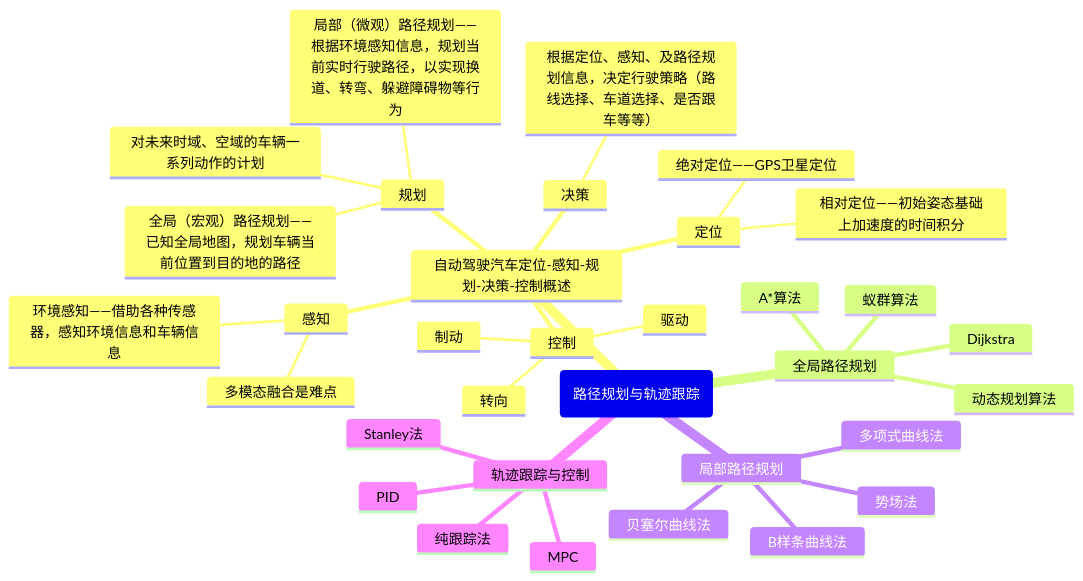
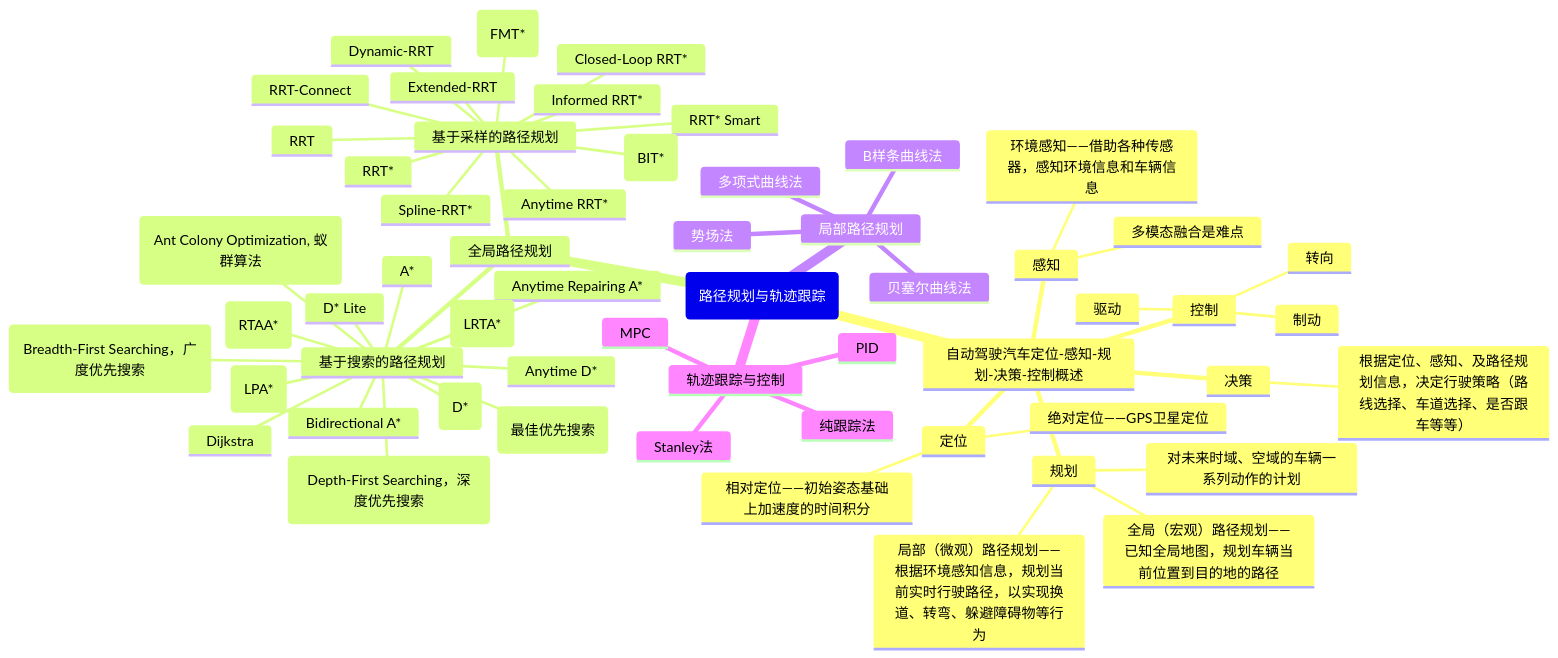
One commit to fenwickxie/notes changed the first of 2 diagrams in automatic_driving/PP.md. Above: the diagram before and after it, drawn with Mermaid. The commit also changed other lines of this file, not shown here.

````diff
--- a/automatic_driving/PP.md
+++ b/automatic_driving/PP.md
@@ -10,37 +5,61 @@
 ```mermaid
 mindmap
   root(路径规划与轨迹跟踪)
     自动驾驶汽车定位-感知-规划-决策-控制概述
       定位
         绝对定位——GPS卫星定位
         相对定位——初始姿态基础上加速度的时间积分
       感知
         环境感知——借助各种传感器，感知环境信息和车辆信息
         多模态融合是难点
       规划
         对未来时域、空域的车辆一系列动作的计划
         全局（宏观）路径规划——已知全局地图，规划车辆当前位置到目的地的路径
         局部（微观）路径规划——根据环境感知信息，规划当前实时行驶路径，以实现换道、转弯、躲避障碍物等行为
       决策
         根据定位、感知、及路径规划信息，决定行驶策略（路线选择、车道选择、是否跟车等等）
       控制
         转向
         驱动
         制动
     全局路径规划
-      Dijkstra
-      蚁群算法
-      动态规划算法
-      A\*算法
+      基于搜索的路径规划
+        BFS(Breadth-First Searching，广度优先搜索)
+        DFS(Depth-First Searching，深度优先搜索)
+        Best-First Searching(最佳优先搜索)
+        Dijkstra
+        ACO(Ant Colony Optimization, 蚁群算法)
+        A\*
+        Bidirectional A\*
+        Anytime Repairing A\*
+        Learning Real-time A\* (LRTA*)
+        Real-time Adaptive A\* (RTAA*)
+        Lifelong Planning A\* (LPA*)
+        Dynamic A\* (D\*)
+        D\* Lite
+        Anytime D\*
+      基于采样的路径规划
+        RRT
+        RRT-Connect
+        Extended-RRT
+        Dynamic-RRT
+        RRT\*
+        Informed RRT\*
+        RRT* Smart
+        Anytime RRT\*
+        Closed-Loop RRT\*
+        Spline-RRT\*
+        Fast Marching Trees (FMT\*)
+        Batch Informed Trees (BIT\*)
     局部路径规划
       多项式曲线法
       势场法
       贝塞尔曲线法
       B样条曲线法
     轨迹跟踪与控制
       纯跟踪法
       Stanley法
       PID
       MPC
 
 ```
````
